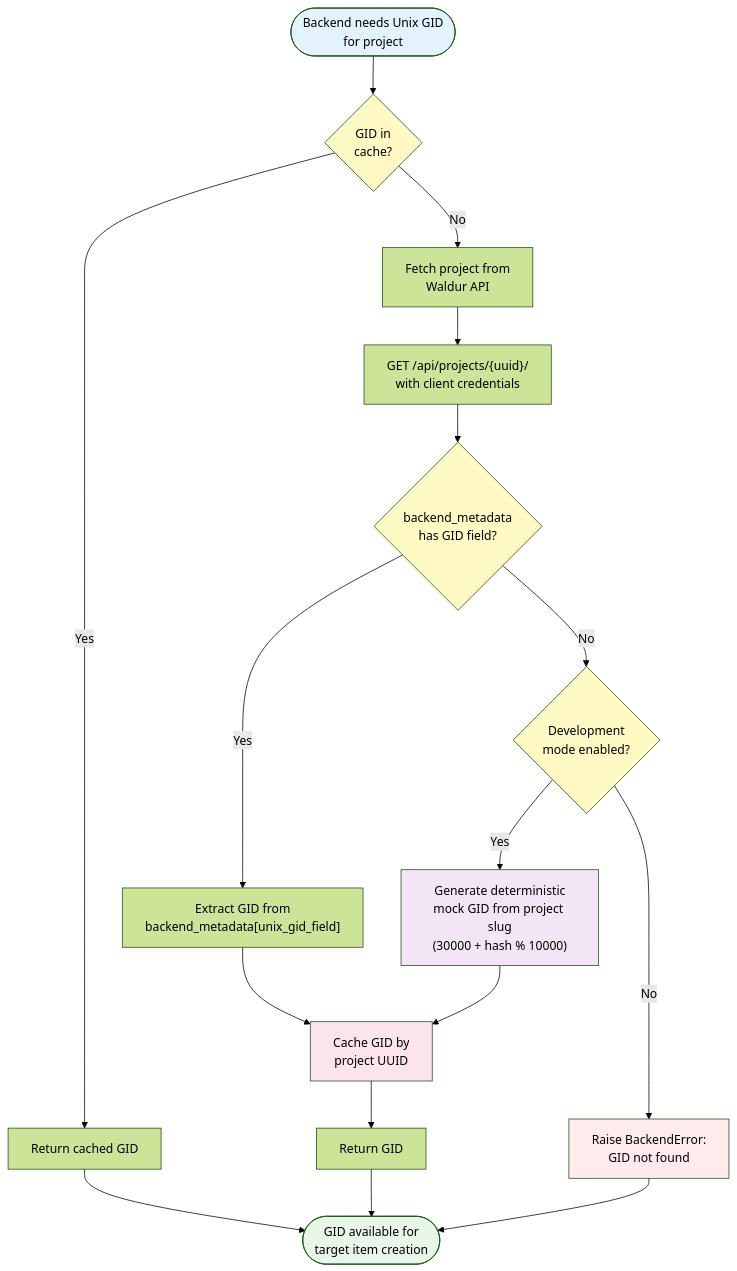
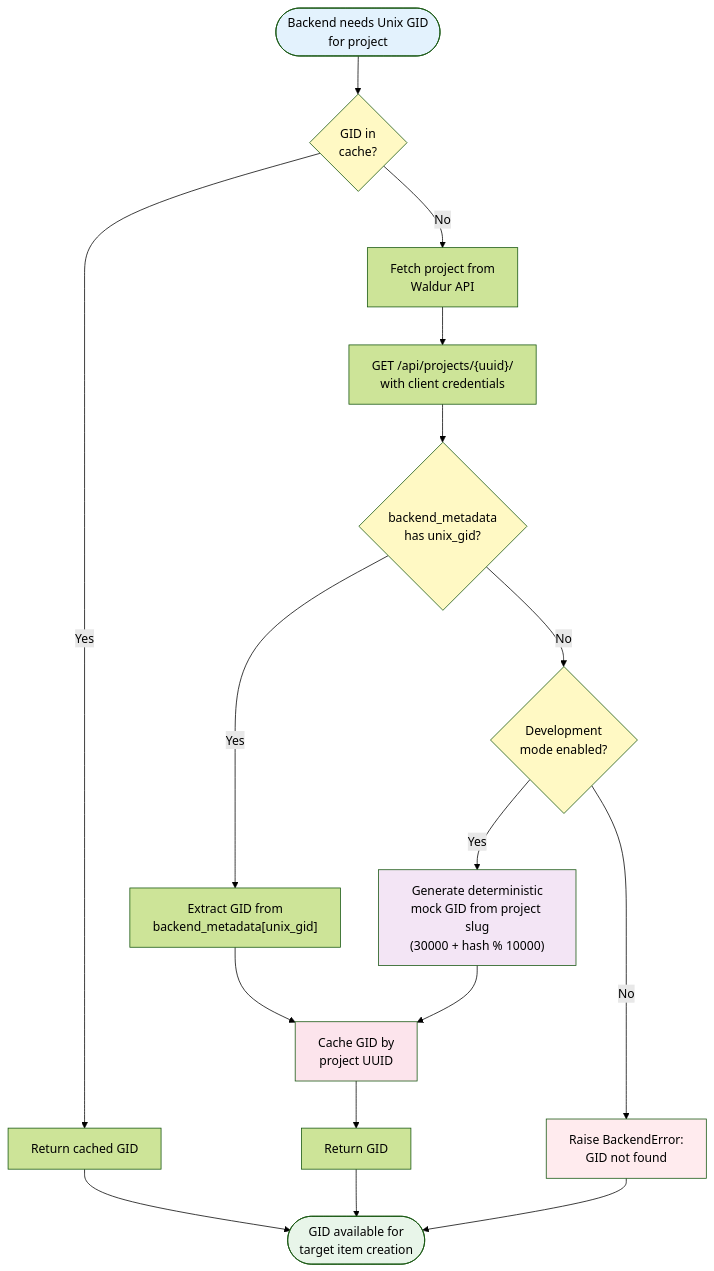
Before and after one commit to waldur/waldur-cscs-hpc-storage: the second of 2 diagrams in README.md, drawn with Mermaid (forest theme). The commit also changed other lines of this file and 13 other files, not shown here.

````diff
--- a/README.md
+++ b/README.md
@@ -479,34 +477,34 @@
 ```mermaid
 flowchart TD
     START(["Backend needs Unix GID<br/>for project"]) --> CHECK_CACHE{"GID in<br/>cache?"}
 
     CHECK_CACHE -->|Yes| RETURN_CACHED["Return cached GID"]
     CHECK_CACHE -->|No| FETCH["Fetch project from<br/>Waldur API"]
 
     FETCH --> API_CALL["GET /api/projects/{uuid}/<br/>with client credentials"]
-    API_CALL --> CHECK_META{"backend_metadata<br/>has GID field?"}
+    API_CALL --> CHECK_META{"backend_metadata<br/>has unix_gid?"}
 
-    CHECK_META -->|Yes| EXTRACT["Extract GID from<br/>backend_metadata[unix_gid_field]"]
+    CHECK_META -->|Yes| EXTRACT["Extract GID from<br/>backend_metadata[unix_gid]"]
     CHECK_META -->|No| CHECK_DEV{"Development<br/>mode enabled?"}
 
     EXTRACT --> CACHE["Cache GID by<br/>project UUID"]
     CACHE --> RETURN_FETCHED["Return GID"]
 
     CHECK_DEV -->|Yes| MOCK["Generate deterministic<br/>mock GID from project slug<br/>(30000 + hash % 10000)"]
     CHECK_DEV -->|No| ERROR["Raise BackendError:<br/>GID not found"]
 
     MOCK --> CACHE
 
     RETURN_CACHED --> END(["GID available for<br/>target item creation"])
     RETURN_FETCHED --> END
     ERROR --> END
 
     style START fill:#e3f2fd
     style END fill:#e8f5e9
     style CHECK_CACHE fill:#fff9c4
     style CHECK_META fill:#fff9c4
     style CHECK_DEV fill:#fff9c4
     style CACHE fill:#fce4ec
     style ERROR fill:#ffebee
     style MOCK fill:#f3e5f5
 ```
````
